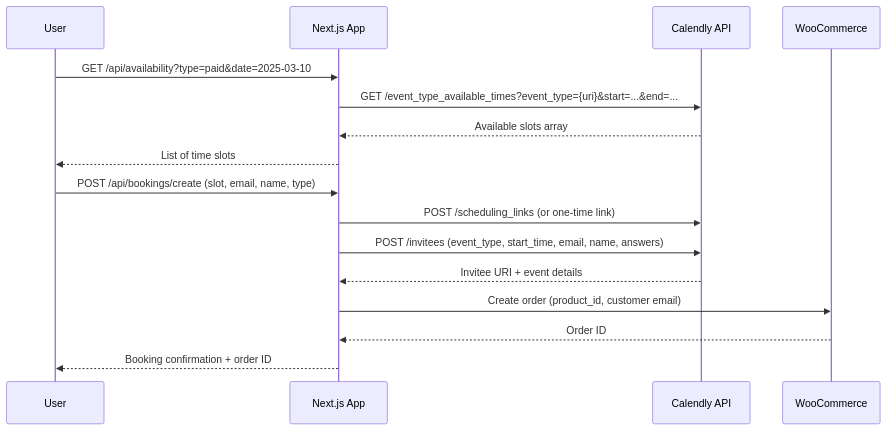
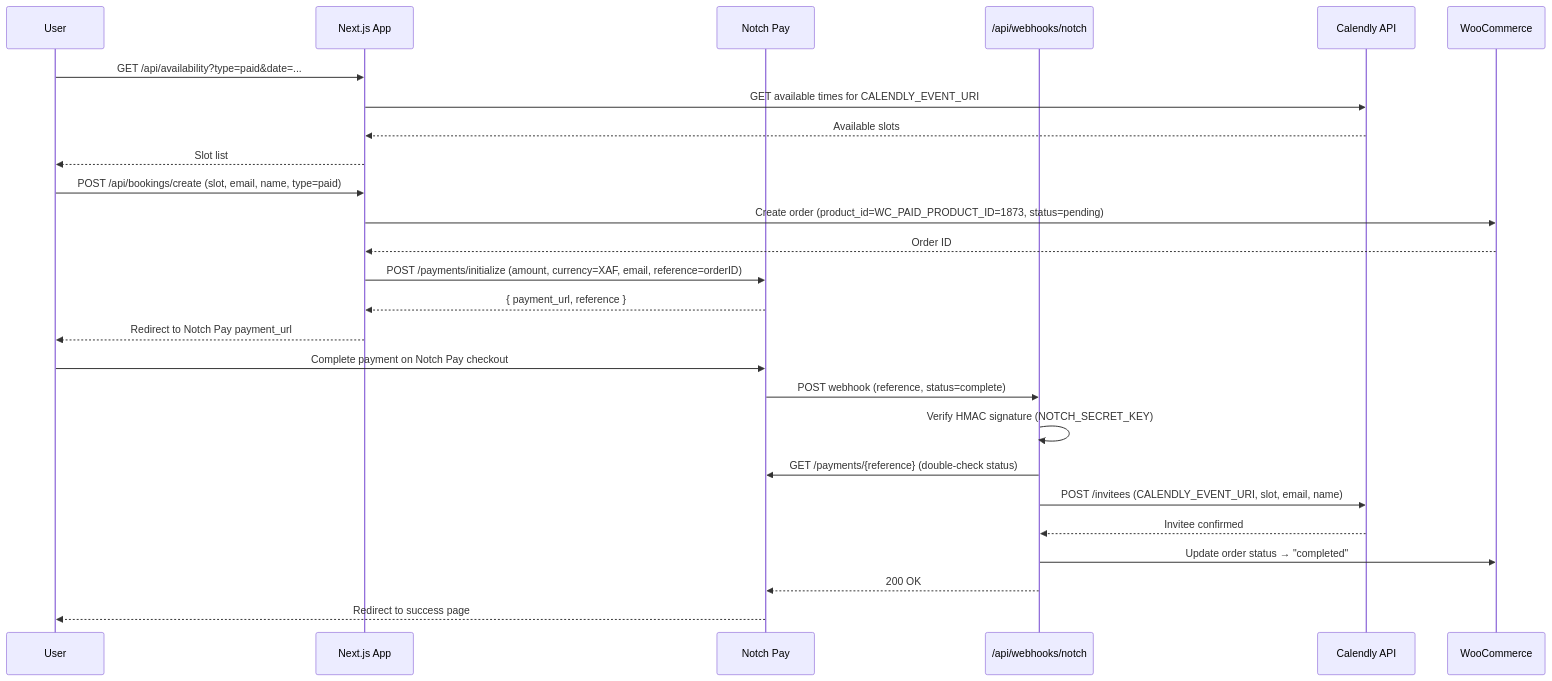
One commit to nt-michael/legal-cameroun-public changed the fourth of 4 diagrams in HANDBOOK.md. Above: the diagram before and after it, drawn with Mermaid. The commit also changed other lines of this file and 8 other files, not shown here.

Commit message:
enhanced automatic availability of blog post

````diff
--- a/HANDBOOK.md
+++ b/HANDBOOK.md
@@ -1062,20 +694,31 @@
 ```mermaid
 sequenceDiagram
     participant U as User
     participant App as Next.js App
+    participant NP as Notch Pay
+    participant WH as /api/webhooks/notch
     participant CAL as Calendly API
     participant WC as WooCommerce
 
-    U->>App: GET /api/availability?type=paid&date=2025-03-10
-    App->>CAL: GET /event_type_available_times?event_type={uri}&start=...&end=...
-    CAL-->>App: Available slots array
-    App-->>U: List of time slots
+    U->>App: GET /api/availability?type=paid&date=...
+    App->>CAL: GET available times for CALENDLY_EVENT_URI
+    CAL-->>App: Available slots
+    App-->>U: Slot list
 
-    U->>App: POST /api/bookings/create (slot, email, name, type)
-    App->>CAL: POST /scheduling_links (or one-time link)
-    App->>CAL: POST /invitees (event_type, start_time, email, name, answers)
-    CAL-->>App: Invitee URI + event details
-    App->>WC: Create order (product_id, customer email)
+    U->>App: POST /api/bookings/create (slot, email, name, type=paid)
+    App->>WC: Create order (product_id=WC_PAID_PRODUCT_ID=1873, status=pending)
     WC-->>App: Order ID
-    App-->>U: Booking confirmation + order ID
+    App->>NP: POST /payments/initialize (amount, currency=XAF, email, reference=orderID)
+    NP-->>App: { payment_url, reference }
+    App-->>U: Redirect to Notch Pay payment_url
+
+    U->>NP: Complete payment on Notch Pay checkout
+    NP->>WH: POST webhook (reference, status=complete)
+    WH->>WH: Verify HMAC signature (NOTCH_SECRET_KEY)
+    WH->>NP: GET /payments/{reference} (double-check status)
+    WH->>CAL: POST /invitees (CALENDLY_EVENT_URI, slot, email, name)
+    CAL-->>WH: Invitee confirmed
+    WH->>WC: Update order status → "completed"
+    WH-->>NP: 200 OK
+    NP-->>U: Redirect to success page
 ```
````
